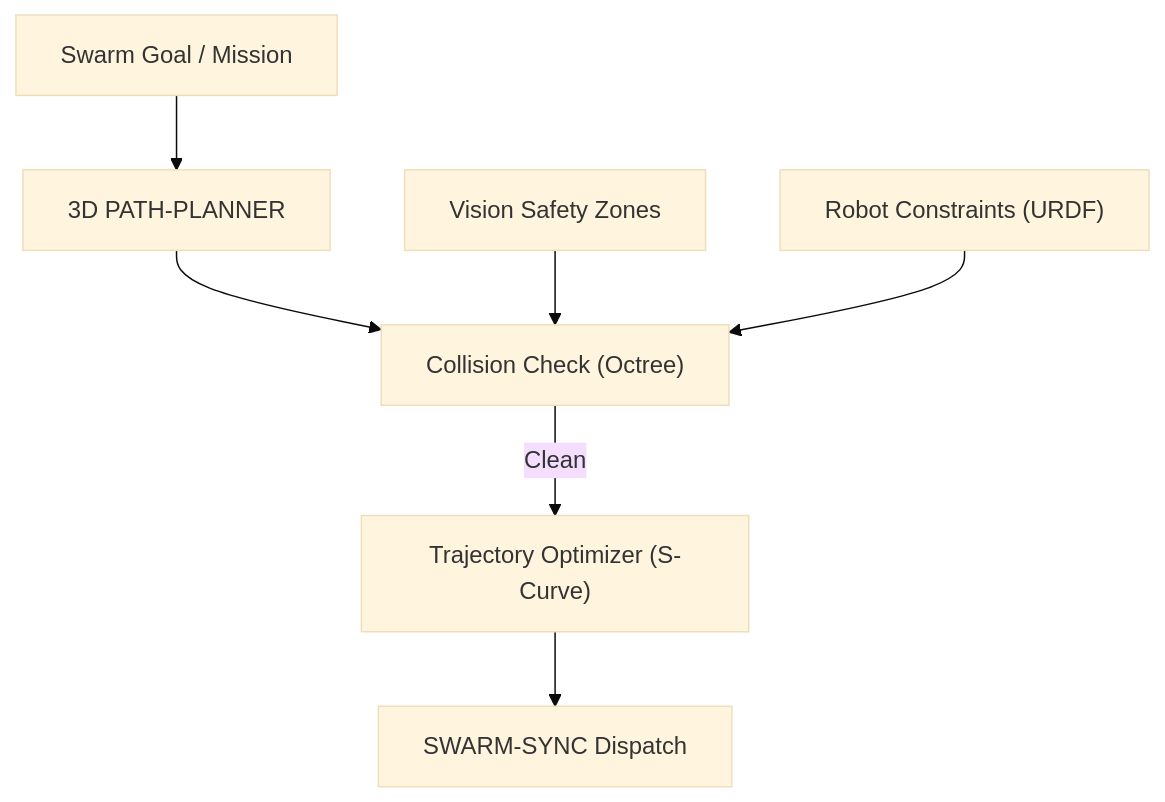
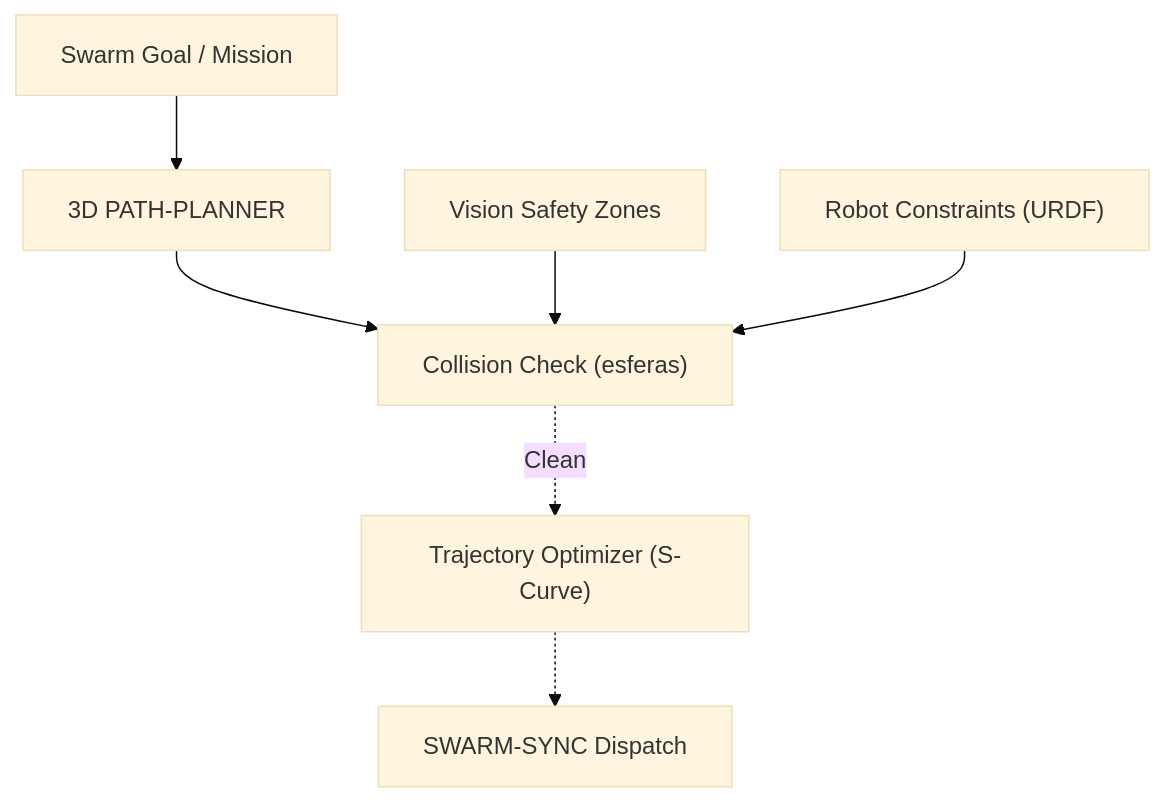
One commit to JuanenRac/HYDRA-UMC-PATH-PLANNER-3D changed the diagram in README_por.md. Above: the diagram before and after it, drawn with Mermaid (base theme). The commit also changed other lines of this file and 20 other files, not shown here.

````diff
--- a/README_por.md
+++ b/README_por.md
@@ -39,9 +40,9 @@
 ```mermaid
 flowchart TB
     GOAL["Swarm Goal / Mission"] --> PLAN["3D PATH-PLANNER"]
-    PLAN --> COLL["Collision Check (Octree)"]
+    PLAN --> COLL["Collision Check (esferas)"]
     VIS["Vision Safety Zones"] --> COLL
     TWIN["Robot Constraints (URDF)"] --> COLL
-    COLL -- Clean --> OPT["Trajectory Optimizer (S-Curve)"]
-    OPT --> SYNC["SWARM-SYNC Dispatch"]
+    COLL -. Clean .-> OPT["Trajectory Optimizer (S-Curve)"]
+    OPT -.-> SYNC["SWARM-SYNC Dispatch"]
 ```
````
